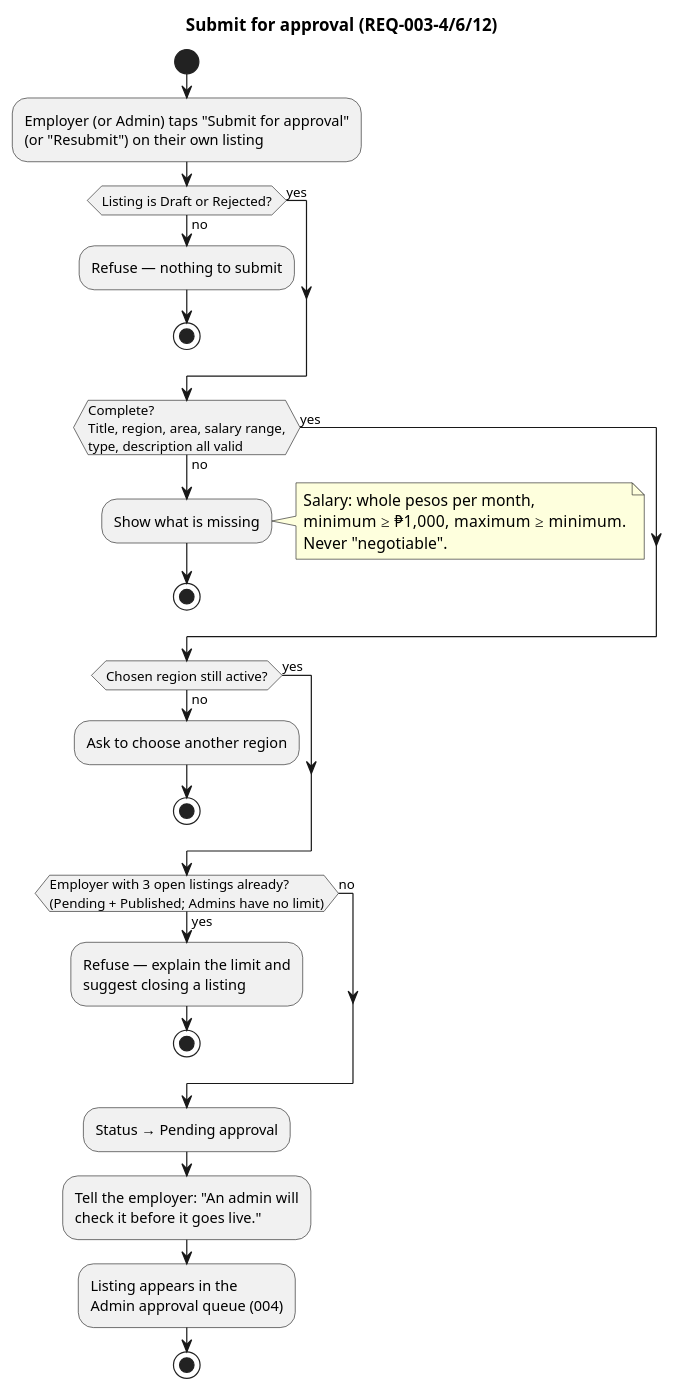
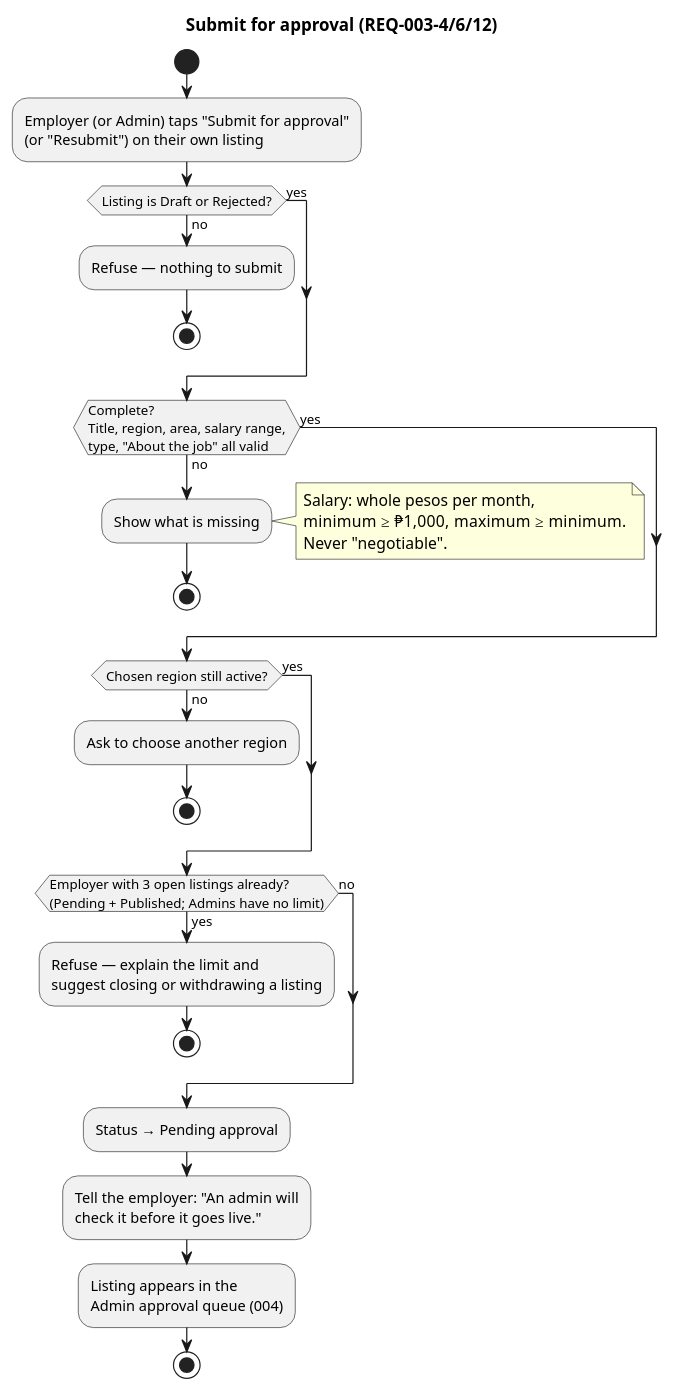
Before and after one commit to raseniero/jairojobs-elixir: the diagram in docs/specs/003-listings-employer-posting/diagrams/activity-submit-for-approval.puml, drawn with PlantUML. The commit also changed 21 other files, not shown here.

Commit message:
docs: consistency pass after spec 003 review (specs 000 and 003, architecture, constitution examples)

```diff
--- a/docs/specs/003-listings-employer-posting/diagrams/activity-submit-for-approval.puml
+++ b/docs/specs/003-listings-employer-posting/diagrams/activity-submit-for-approval.puml
@@ -1,40 +1,40 @@
 @startuml activity-submit-for-approval
 ' Spec 003 — what a complete listing is, submitting, the free-tier limit (REQ-003-4, -6, -12)
 title Submit for approval (REQ-003-4/6/12)
 
 start
 :Employer (or Admin) taps "Submit for approval"
 (or "Resubmit") on their own listing;
 if (Listing is Draft or Rejected?) then (no)
   :Refuse — nothing to submit;
   stop
 else (yes)
 endif
-if (Complete?\nTitle, region, area, salary range,\ntype, description all valid) then (no)
+if (Complete?\nTitle, region, area, salary range,\ntype, "About the job" all valid) then (no)
   :Show what is missing;
   note right
     Salary: whole pesos per month,
     minimum ≥ ₱1,000, maximum ≥ minimum.
     Never "negotiable".
   end note
   stop
 else (yes)
 endif
 if (Chosen region still active?) then (no)
   :Ask to choose another region;
   stop
 else (yes)
 endif
 if (Employer with 3 open listings already?\n(Pending + Published; Admins have no limit)) then (yes)
   :Refuse — explain the limit and
-  suggest closing a listing;
+  suggest closing or withdrawing a listing;
   stop
 else (no)
 endif
 :Status → Pending approval;
 :Tell the employer: "An admin will
 check it before it goes live.";
 :Listing appears in the
 Admin approval queue (004);
 stop
 @enduml
```
